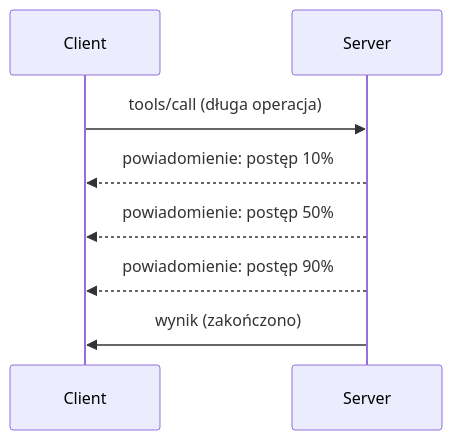
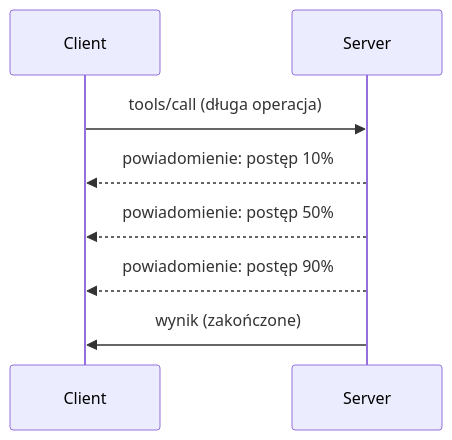
The diagram in mcp_ecosystem__model_context_protocol/mcp_learning_resources/mcp-for-beginners/translations/pl/05-AdvancedTopics/mcp-protocol-features/README.md (HIDORAKAI002/ai-workspace-archive), drawn with Mermaid before and after one commit. The commit also changed other lines of this file and 1046 other files, not shown here.

````diff
--- a/mcp_ecosystem__model_context_protocol/mcp_learning_resources/mcp-for-beginners/translations/pl/05-AdvancedTopics/mcp-protocol-features/README.md
+++ b/mcp_ecosystem__model_context_protocol/mcp_learning_resources/mcp-for-beginners/translations/pl/05-AdvancedTopics/mcp-protocol-features/README.md
@@ -22,11 +24,11 @@
 ```mermaid
 sequenceDiagram
     participant Client
     participant Server
     
     Client->>Server: tools/call (długa operacja)
     Server-->>Client: powiadomienie: postęp 10%
     Server-->>Client: powiadomienie: postęp 50%
     Server-->>Client: powiadomienie: postęp 90%
-    Server->>Client: wynik (zakończono)
-```  
+    Server->>Client: wynik (zakończone)
+```
````
